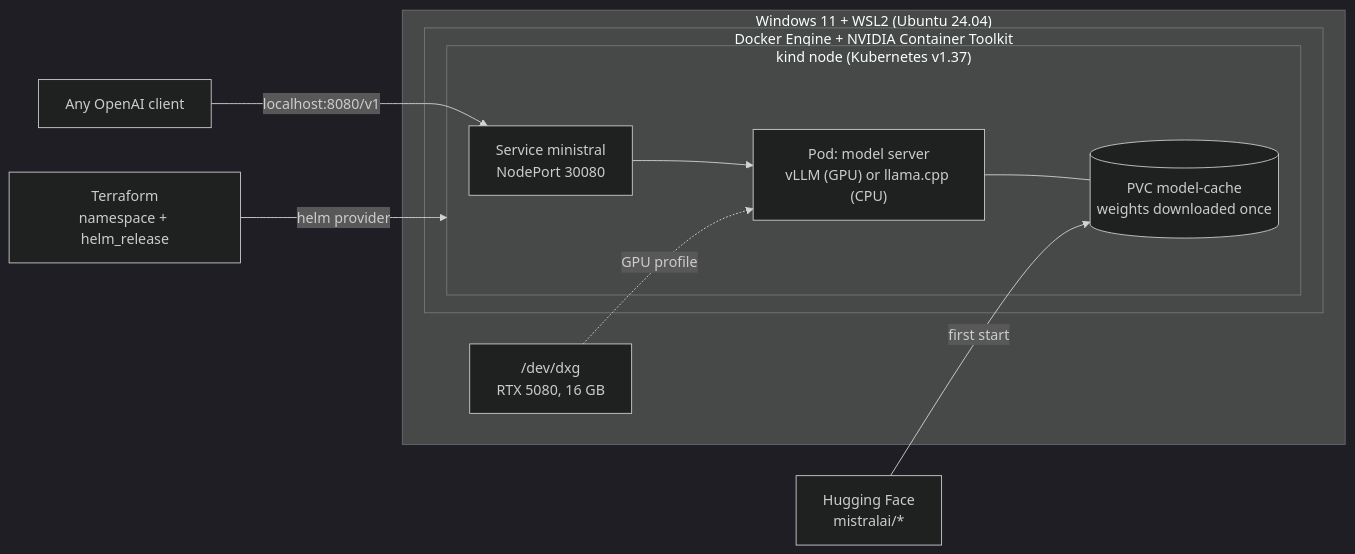
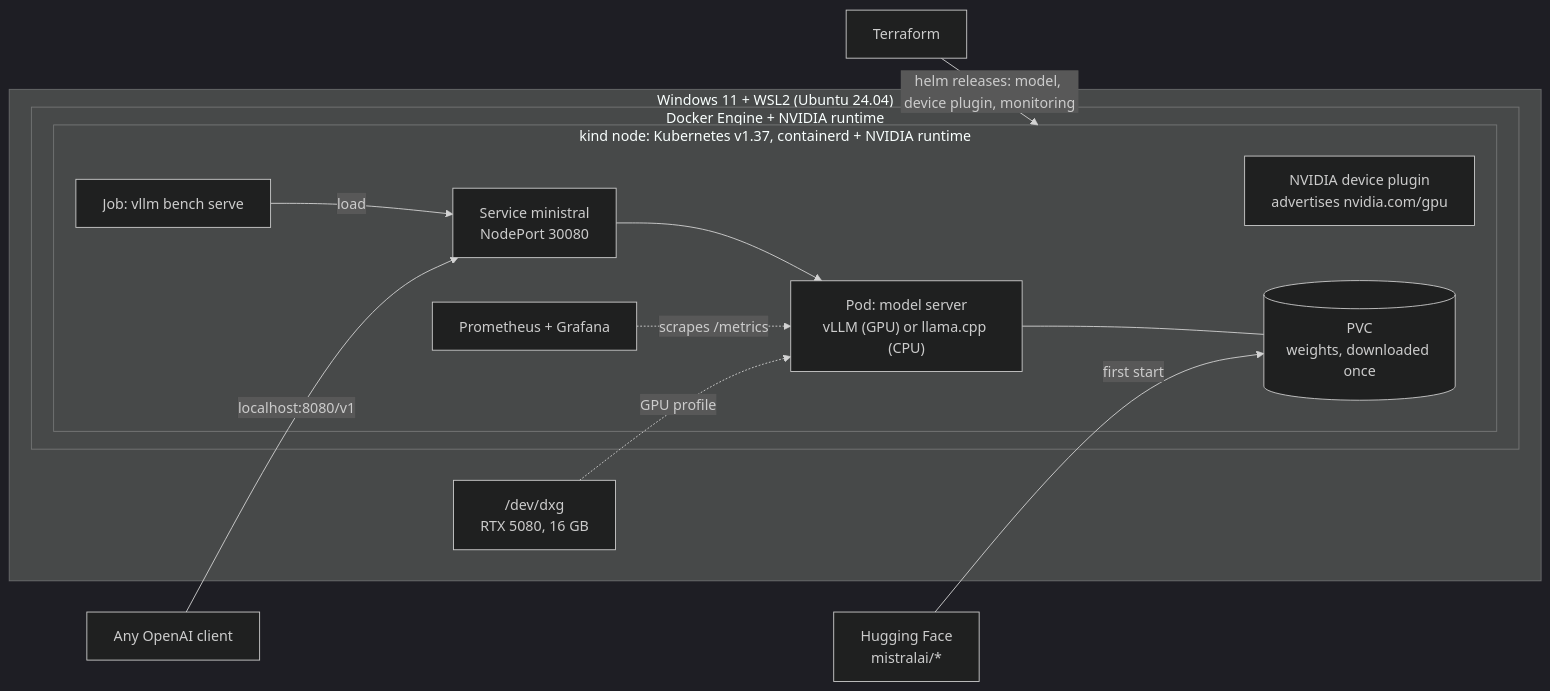
The diagram in README.md (axsxyz/mistral-k8s), drawn with Mermaid (dark theme) before and after one commit. The commit also changed other lines of this file and 11 other files, not shown here.

````diff
--- a/README.md
+++ b/README.md
@@ -17,19 +37,24 @@
 ```mermaid
 flowchart LR
   subgraph WSL2["Windows 11 + WSL2 (Ubuntu 24.04)"]
     DXG["/dev/dxg<br/>RTX 5080, 16 GB"]
-    subgraph DOCKER["Docker Engine + NVIDIA Container Toolkit"]
-      subgraph KIND["kind node (Kubernetes v1.37)"]
+    subgraph DOCKER["Docker Engine + NVIDIA runtime"]
+      subgraph KIND["kind node: Kubernetes v1.37, containerd + NVIDIA runtime"]
+        DP["NVIDIA device plugin<br/>advertises nvidia.com/gpu"]
         SVC["Service ministral<br/>NodePort 30080"]
         POD["Pod: model server<br/>vLLM (GPU) or llama.cpp (CPU)"]
-        PVC[("PVC model-cache<br/>weights downloaded once")]
+        PVC[("PVC<br/>weights, downloaded once")]
+        PROM["Prometheus + Grafana"]
+        JOB["Job: vllm bench serve"]
         SVC --> POD
         POD --- PVC
+        PROM -.scrapes /metrics.-> POD
+        JOB -->|load| SVC
       end
     end
     DXG -.GPU profile.-> POD
   end
-  TF["Terraform<br/>namespace + helm_release"] -->|helm provider| KIND
+  TF["Terraform"] -->|"helm releases: model, device plugin, monitoring"| KIND
   CLIENT["Any OpenAI client"] -->|"localhost:8080/v1"| SVC
   HF["Hugging Face<br/>mistralai/*"] -->|first start| PVC
 ```
````
